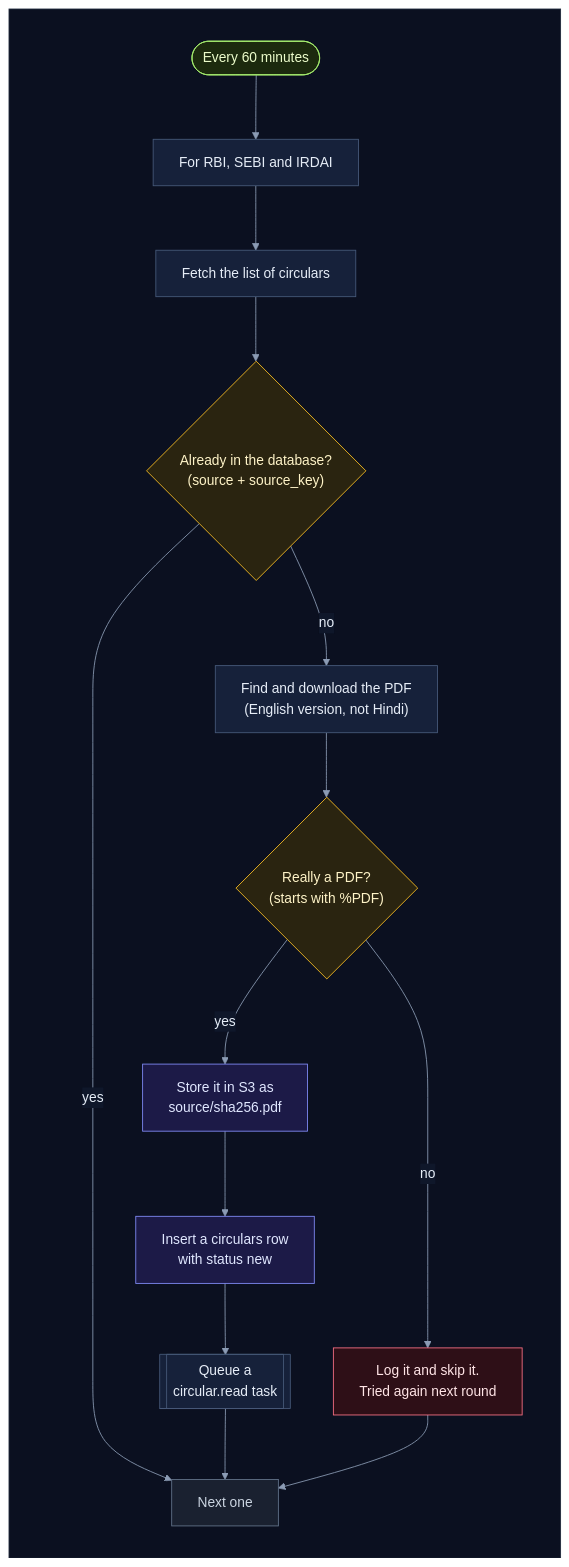
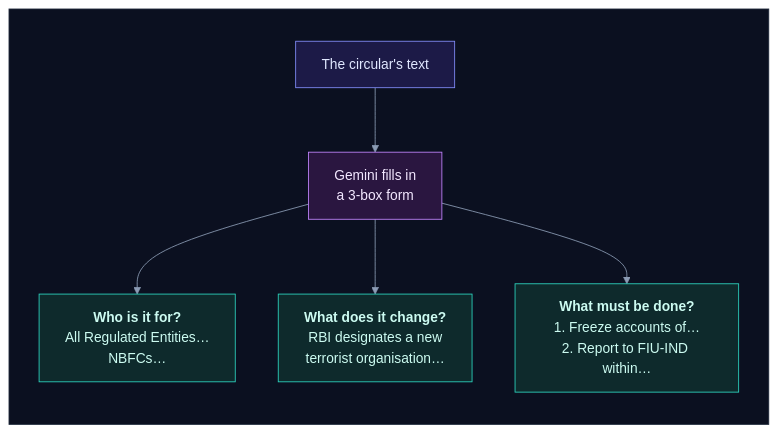
Before and after one commit to selvakumarperumal/Regulatory_Circular_Impact_Agent: the ninth of 52 diagrams in how_it_works.md, drawn with Mermaid. The commit also changed other lines of this file and 3 other files, not shown here.

First line of the commit message:
Rewrite how_it_works.md in plain words, a diagram per step

````diff
--- a/how_it_works.md
+++ b/how_it_works.md
@@ -504,36 +504,25 @@
 ```mermaid
 %%{init: {"theme": "base", "flowchart": {"diagramPadding": 0}, "themeVariables": {"darkMode": true, "primaryColor": "#16213a", "primaryTextColor": "#e6edf7", "primaryBorderColor": "#475a7a", "lineColor": "#8b9bb4", "secondaryColor": "#1b2436", "tertiaryColor": "#101a2e", "edgeLabelBackground": "#0f172a", "textColor": "#e2e8f0", "clusterBkg": "#0f1728", "clusterBorder": "#2b3a55", "titleColor": "#c4b5fd", "nodeTextColor": "#e6edf7"}}}%%
 flowchart TD
     subgraph canvas[" "]
         direction TB
-        start(["Every 60 minutes"]) --> each["For RBI, SEBI and IRDAI"]
-        each --> list["Fetch the list of circulars"]
-        list --> known{"Already in the database?<br/>(source + source_key)"}
-        known -->|yes| next["Next one"]
-        known -->|no| pdf["Find and download the PDF<br/>(English version, not Hindi)"]
-        pdf --> isPdf{"Really a PDF?<br/>(starts with %PDF)"}
-        isPdf -->|no| skip["Log it and skip it.<br/>Tried again next round"]
-        isPdf -->|yes| store["Store it in S3 as<br/>source/sha256.pdf"]
-        store --> row["Insert a circulars row<br/>with status new"]
-        row --> task[["Queue a<br/>circular.read task"]]
-        task --> next
-        skip --> next
+        t["The circular's text"] --> g["Gemini fills in<br/>a 3-box form"]
+        g --> a1["<b>Who is it for?</b><br/>All Regulated Entities…<br/>NBFCs…"]
+        g --> a2["<b>What does it change?</b><br/>RBI designates a new<br/>terrorist organisation…"]
+        g --> a3["<b>What must be done?</b><br/>1. Freeze accounts of…<br/>2. Report to FIU-IND within…"]
     end
-
     classDef svc fill:#0e2a2c,stroke:#2dd4bf,color:#ccfbf1
     classDef data fill:#1c1a47,stroke:#818cf8,color:#e0e7ff
     classDef ext fill:#2a1640,stroke:#c084fc,color:#f3e8ff
     classDef gpu fill:#2d1b0c,stroke:#fb923c,color:#ffedd5
     classDef ask fill:#2a2410,stroke:#fbbf24,color:#fef3c7
     classDef ok fill:#0b2a1c,stroke:#34d399,color:#d1fae5
     classDef bad fill:#2e0f17,stroke:#fb7185,color:#ffe4e6
     classDef start fill:#1c2a0e,stroke:#a7ef6f,color:#ecfccb
     classDef muted fill:#1a2130,stroke:#64748b,color:#cbd5e1
-    class start start
-    class known,isPdf ask
-    class skip bad
-    class store,row data
-    class task queue
-    class next muted
+    classDef queue fill:#0c2231,stroke:#38bdf8,color:#e0f2fe
+    class t data
+    class g ext
+    class a1,a2,a3 svc
     style canvas fill:#0b1020,stroke:#1e293b,color:#0b1020
 ```
````
